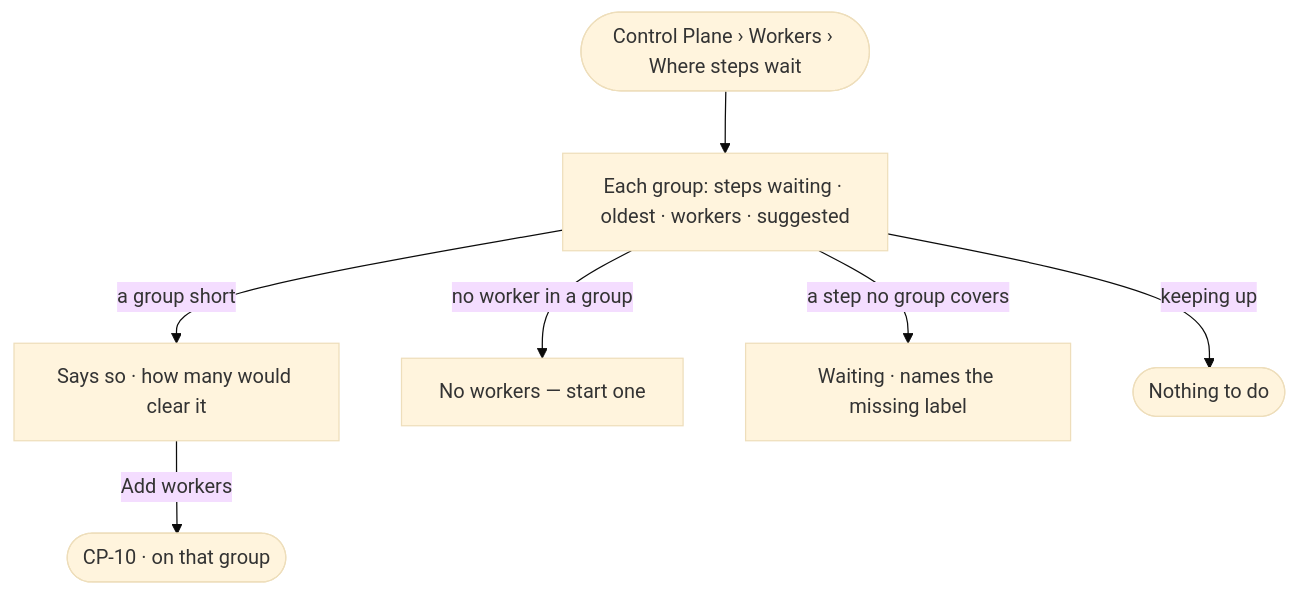
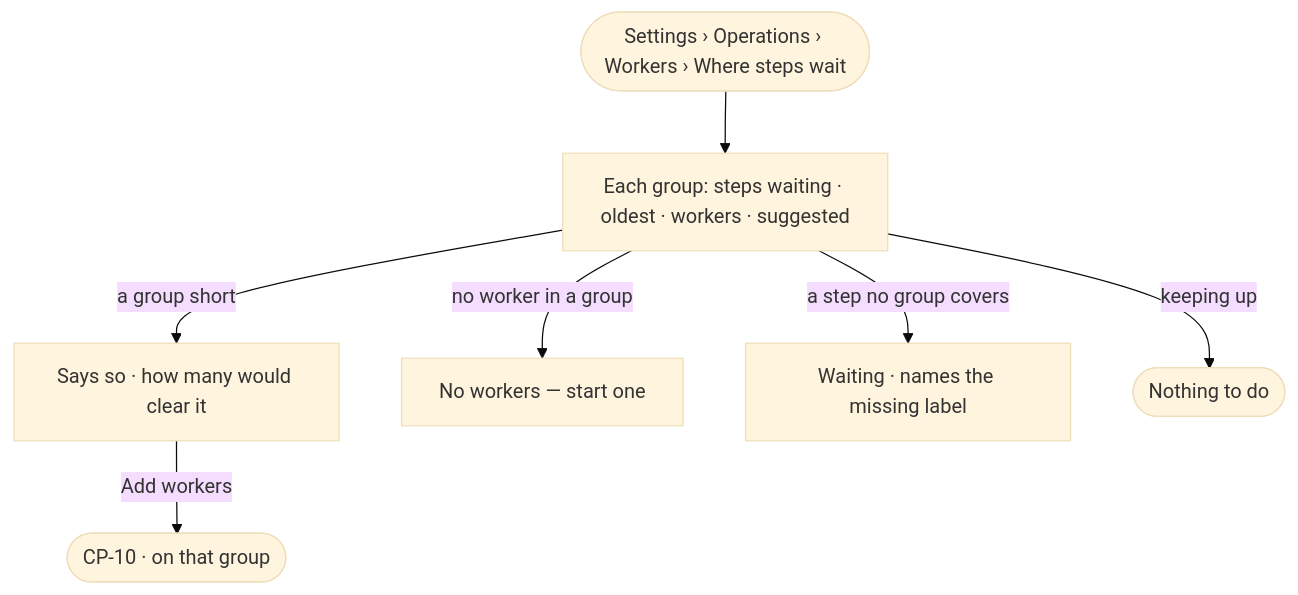
One commit to invana/invana changed the diagram in specs/os/control/features/CP-F03-workers-and-the-queue/stories/CP-08-see-how-many-workers-each-group-needs/story.md. Above: the diagram before and after it, drawn with Mermaid (base theme). The commit also changed 106 other files, not shown here.

````diff
--- a/specs/os/control/features/CP-F03-workers-and-the-queue/stories/CP-08-see-how-many-workers-each-group-needs/story.md
+++ b/specs/os/control/features/CP-F03-workers-and-the-queue/stories/CP-08-see-how-many-workers-each-group-needs/story.md
@@ -26,9 +26,9 @@
 ```mermaid
 flowchart TD
-  s([Control Plane › Workers › Where steps wait]) --> g["Each group: steps waiting · oldest · workers · suggested"]
+  s([Settings › Operations › Workers › Where steps wait]) --> g["Each group: steps waiting · oldest · workers · suggested"]
   g -->|a group short| c["Says so · how many would clear it"]
   c -->|Add workers| add(["CP-10 · on that group"])
   g -->|no worker in a group| nw["No workers — start one"]
   g -->|a step no group covers| un["Waiting · names the missing label"]
   g -->|keeping up| ok(["Nothing to do"])
 ```
````
